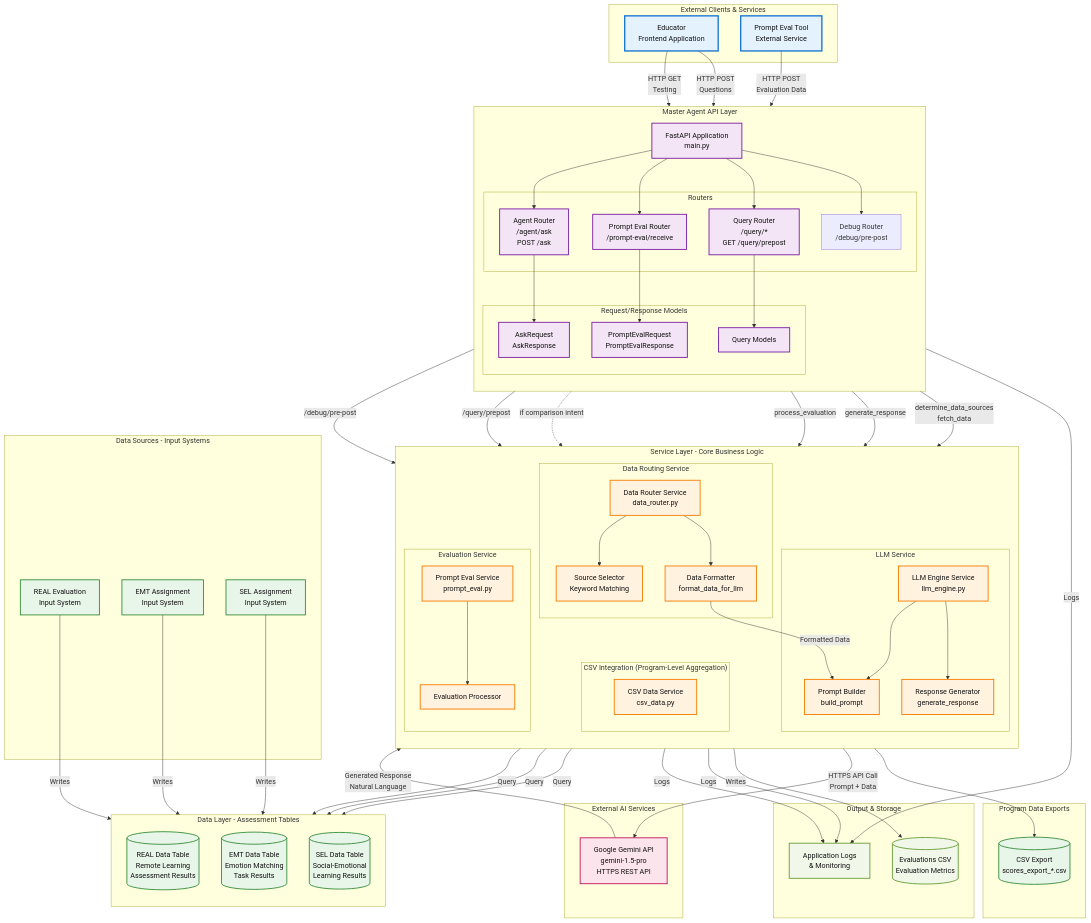
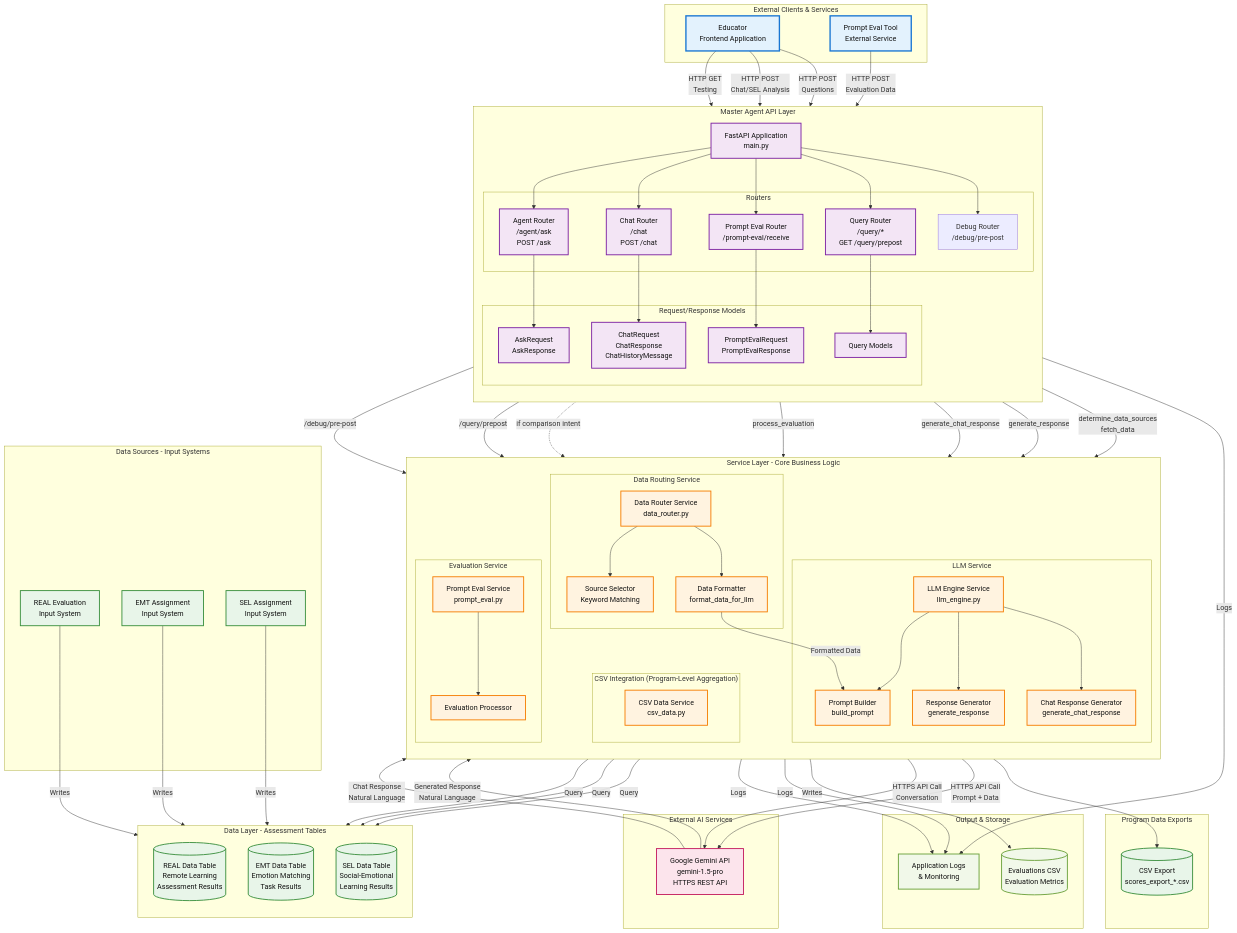
The first of 6 diagrams in README.md (keithesanks-prog/Ask-Tilli-Master-Chatbot), drawn with Mermaid before and after one commit. The commit also changed other lines of this file, not shown here.

Commit message:
docs: Update architecture diagram to include /chat endpoint
- Add ChatRouter to Routers subgraph
- Add ChatModels (ChatRequest, ChatResponse, ChatHistoryMessage)
- Add ChatResponseGen (generate_chat_response) to LLM Service
- Add connections showing chat flow through Gemini API
- Update styling to include new components

```diff
--- a/README.md
+++ b/README.md
@@ -74,6 +74,7 @@
         
         subgraph "Routers"
             AgentRouter[Agent Router<br/>/agent/ask<br/>POST /ask]
+            ChatRouter[Chat Router<br/>/chat<br/>POST /chat]
             QueryRouter[Query Router<br/>/query/*<br/>GET /query/prepost]
             EvalRouter[Prompt Eval Router<br/>/prompt-eval/receive]
             DebugRouter[Debug Router<br/>/debug/pre-post]
@@ -81,6 +82,7 @@
         
         subgraph "Request/Response Models"
             AskRequest[AskRequest<br/>AskResponse]
+            ChatModels[ChatRequest<br/>ChatResponse<br/>ChatHistoryMessage]
             QueryModels[Query Models]
             EvalModels[PromptEvalRequest<br/>PromptEvalResponse]
         end
@@ -99,6 +101,7 @@
             LLMEngine[LLM Engine Service<br/>llm_engine.py]
             PromptBuilder[Prompt Builder<br/>build_prompt]
             ResponseGenerator[Response Generator<br/>generate_response]
+            ChatResponseGen[Chat Response Generator<br/>generate_chat_response]
         end
         
         subgraph "CSV Integration (Program-Level Aggregation)"
@@ -139,22 +142,26 @@
     
     %% Client to API connections
     Educator -->|HTTP POST<br/>Questions| AgentRouter
+    Educator -->|HTTP POST<br/>Chat/SEL Analysis| ChatRouter
     Educator -->|HTTP GET<br/>Testing| QueryRouter
     EvalTool -->|HTTP POST<br/>Evaluation Data| EvalRouter
     
     %% API Layer internal connections
     FastAPI --> AgentRouter
+    FastAPI --> ChatRouter
     FastAPI --> QueryRouter
     FastAPI --> EvalRouter
     FastAPI --> DebugRouter
     
     AgentRouter --> AskRequest
+    ChatRouter --> ChatModels
     EvalRouter --> EvalModels
     QueryRouter --> QueryModels
     
     %% Router to Service connections
     AgentRouter -->|determine_data_sources<br/>fetch_data| DataRouter
     AgentRouter -->|generate_response| LLMEngine
+    ChatRouter -->|generate_chat_response| LLMEngine
     EvalRouter -->|process_evaluation| PromptEval
     %% Comparison-aware path
     AgentRouter -.->|if comparison intent| CSVService
@@ -166,12 +173,15 @@
     DataRouter --> DataFormatter
     LLMEngine --> PromptBuilder
     LLMEngine --> ResponseGenerator
+    LLMEngine --> ChatResponseGen
     PromptEval --> EvalProcessor
     CSVService --> CSVExport
     
     %% Service to External Services
     LLMEngine -->|HTTPS API Call<br/>Prompt + Data| GeminiAPI
     GeminiAPI -->|Generated Response<br/>Natural Language| ResponseGenerator
+    ChatResponseGen -->|HTTPS API Call<br/>Conversation| GeminiAPI
+    GeminiAPI -->|Chat Response<br/>Natural Language| ChatResponseGen
     
     %% Service to Data Layer
     SourceSelector -->|Query| REALDB
@@ -199,8 +209,8 @@
     classDef outputStyle fill:#f1f8e9,stroke:#689f38,stroke-width:2px,color:#111111
     
     class Educator,EvalTool clientStyle
-    class FastAPI,AgentRouter,QueryRouter,EvalRouter,AskRequest,QueryModels,EvalModels apiStyle
-    class DataRouter,SourceSelector,DataFormatter,LLMEngine,PromptBuilder,ResponseGenerator,PromptEval,EvalProcessor serviceStyle
+    class FastAPI,AgentRouter,ChatRouter,QueryRouter,EvalRouter,AskRequest,ChatModels,QueryModels,EvalModels apiStyle
+    class DataRouter,SourceSelector,DataFormatter,LLMEngine,PromptBuilder,ResponseGenerator,ChatResponseGen,PromptEval,EvalProcessor serviceStyle
     class REALDB,EMTDB,SELDB,REALInput,EMTInput,SELInput dataStyle
     class GeminiAPI externalStyle
     class EvaluationsCSV,Logs outputStyle
```
